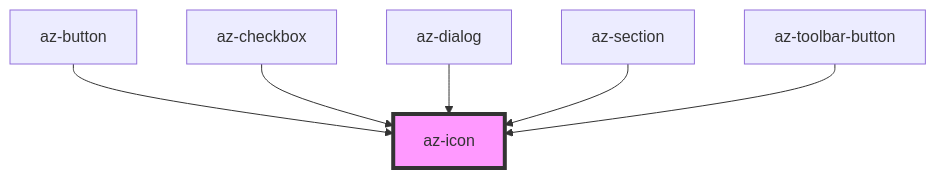
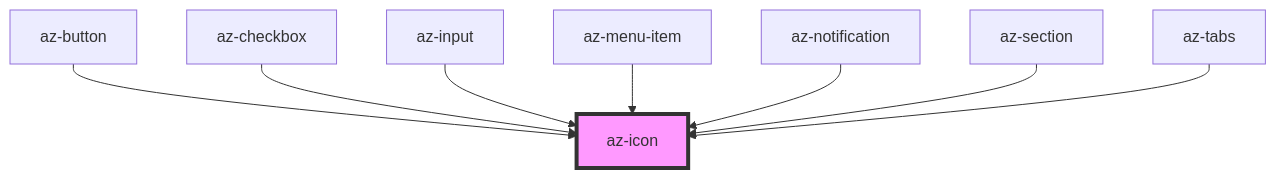
The diagram in src/components/icons/readme.md (aztec-ui/aztec-ui), drawn with Mermaid before and after one commit. The commit also changed other lines of this file and 15 other files, not shown here.

````diff
--- a/src/components/icons/readme.md
+++ b/src/components/icons/readme.md
@@ -30,9 +32,11 @@
 ```mermaid
 graph TD;
   az-button --> az-icon
   az-checkbox --> az-icon
-  az-dialog --> az-icon
+  az-input --> az-icon
+  az-menu-item --> az-icon
+  az-notification --> az-icon
   az-section --> az-icon
-  az-toolbar-button --> az-icon
+  az-tabs --> az-icon
   style az-icon fill:#f9f,stroke:#333,stroke-width:4px
 ```
````
